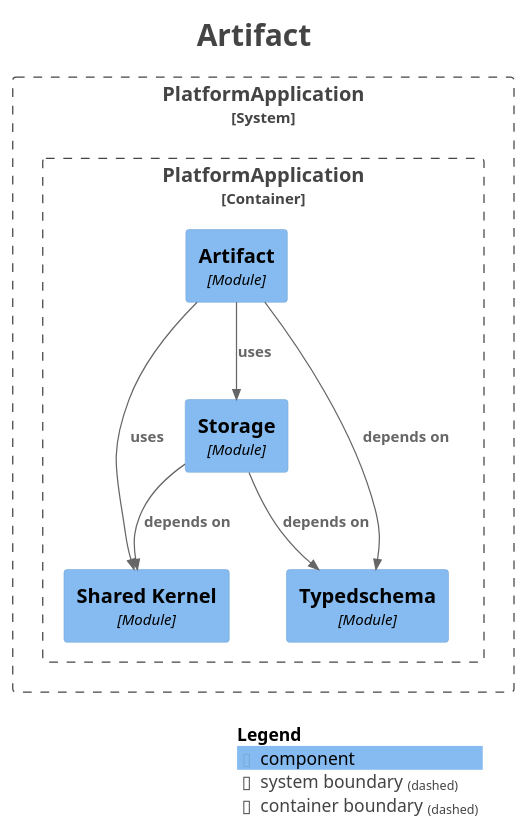
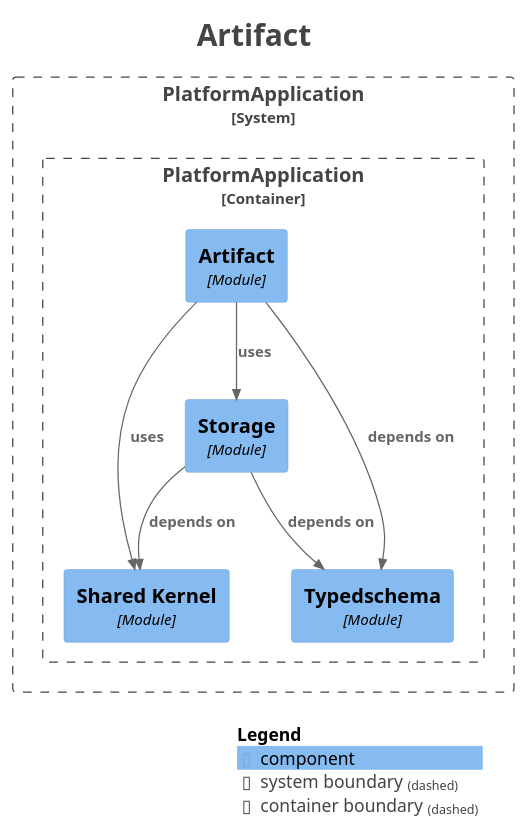
One commit to shangxq007/media-platform changed the diagram in platform-app/docs/architecture/maps/generated/modulith/module-artifact.puml. Above: the diagram before and after it, drawn with PlantUML. The commit also changed other lines of this file and 43 other files, not shown here.

```diff
--- a/platform-app/docs/architecture/maps/generated/modulith/module-artifact.puml
+++ b/platform-app/docs/architecture/maps/generated/modulith/module-artifact.puml
@@ -1,36 +1,36 @@
 @startuml
 title <size:24>Artifact</size>
 
 set separator none
 top to bottom direction
 
 <style>
   root {
     BackgroundColor: #ffffff
     FontColor: #444444
   }
 </style>
 
 !include <C4/C4>
 !include <C4/C4_Context>
 !include <C4/C4_Component>
 
 System_Boundary("PlatformApplication_boundary", "PlatformApplication", $tags="") {
   Container_Boundary("PlatformApplication.PlatformApplication_boundary", "PlatformApplication", $tags="") {
     Component(PlatformApplication.PlatformApplication.SharedKernel, "Shared Kernel", $techn="Module", $descr="", $tags="", $link="")
+    Component(PlatformApplication.PlatformApplication.Storage, "Storage", $techn="Module", $descr="", $tags="", $link="")
     Component(PlatformApplication.PlatformApplication.Typedschema, "Typedschema", $techn="Module", $descr="", $tags="", $link="")
-    Component(PlatformApplication.PlatformApplication.Storage, "Storage", $techn="Module", $descr="", $tags="", $link="")
     Component(PlatformApplication.PlatformApplication.Artifact, "Artifact", $techn="Module", $descr="", $tags="", $link="")
   }
 
 }
 
-Rel(PlatformApplication.PlatformApplication.Storage, PlatformApplication.PlatformApplication.Typedschema, "depends on", $techn="", $tags="", $link="")
-Rel(PlatformApplication.PlatformApplication.Storage, PlatformApplication.PlatformApplication.SharedKernel, "depends on", $techn="", $tags="", $link="")
 Rel(PlatformApplication.PlatformApplication.Artifact, PlatformApplication.PlatformApplication.Typedschema, "depends on", $techn="", $tags="", $link="")
 Rel(PlatformApplication.PlatformApplication.Artifact, PlatformApplication.PlatformApplication.SharedKernel, "uses", $techn="", $tags="", $link="")
 Rel(PlatformApplication.PlatformApplication.Artifact, PlatformApplication.PlatformApplication.Storage, "uses", $techn="", $tags="", $link="")
+Rel(PlatformApplication.PlatformApplication.Storage, PlatformApplication.PlatformApplication.Typedschema, "depends on", $techn="", $tags="", $link="")
+Rel(PlatformApplication.PlatformApplication.Storage, PlatformApplication.PlatformApplication.SharedKernel, "depends on", $techn="", $tags="", $link="")
 
 SHOW_LEGEND(true)
 hide stereotypes
 @enduml
```
